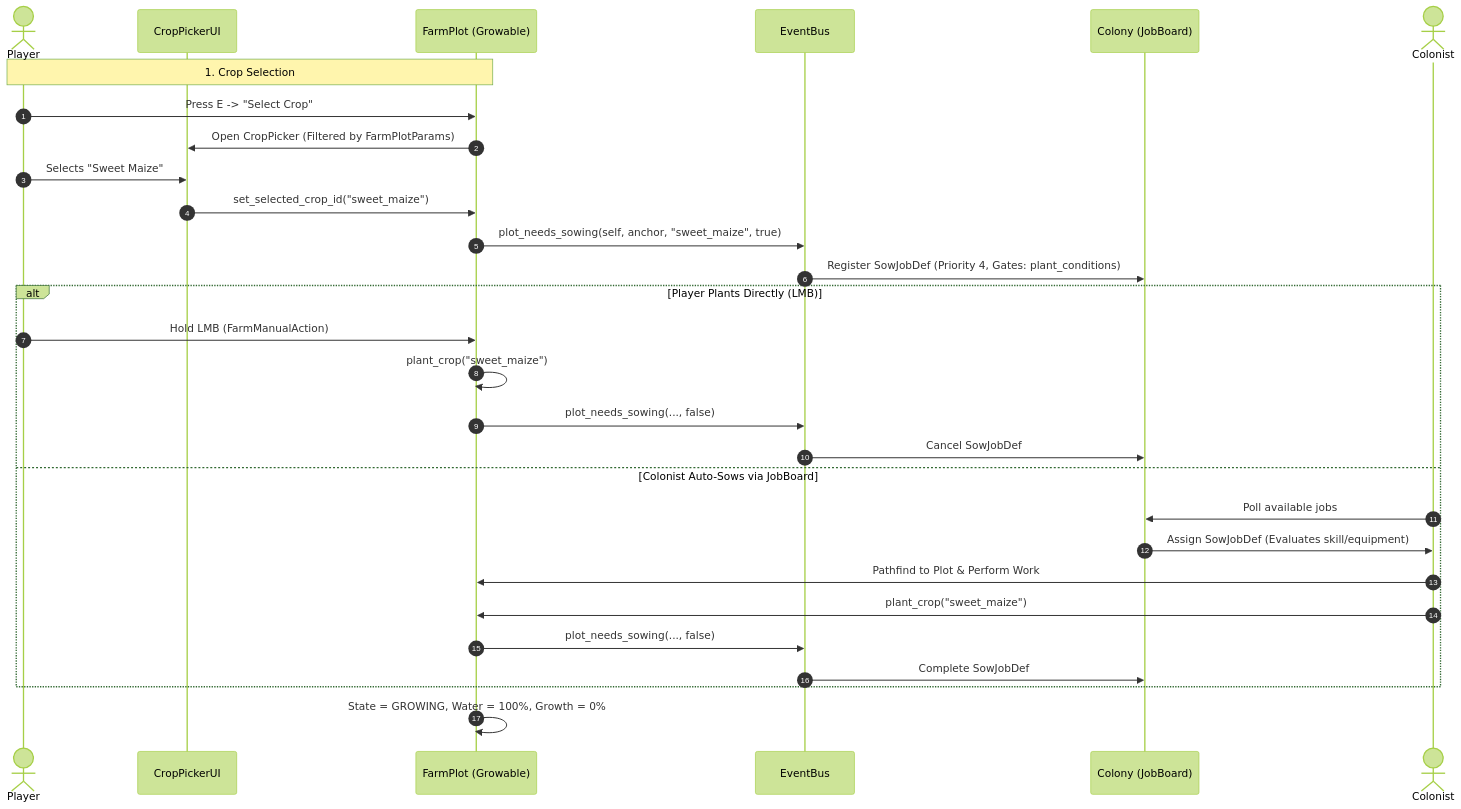
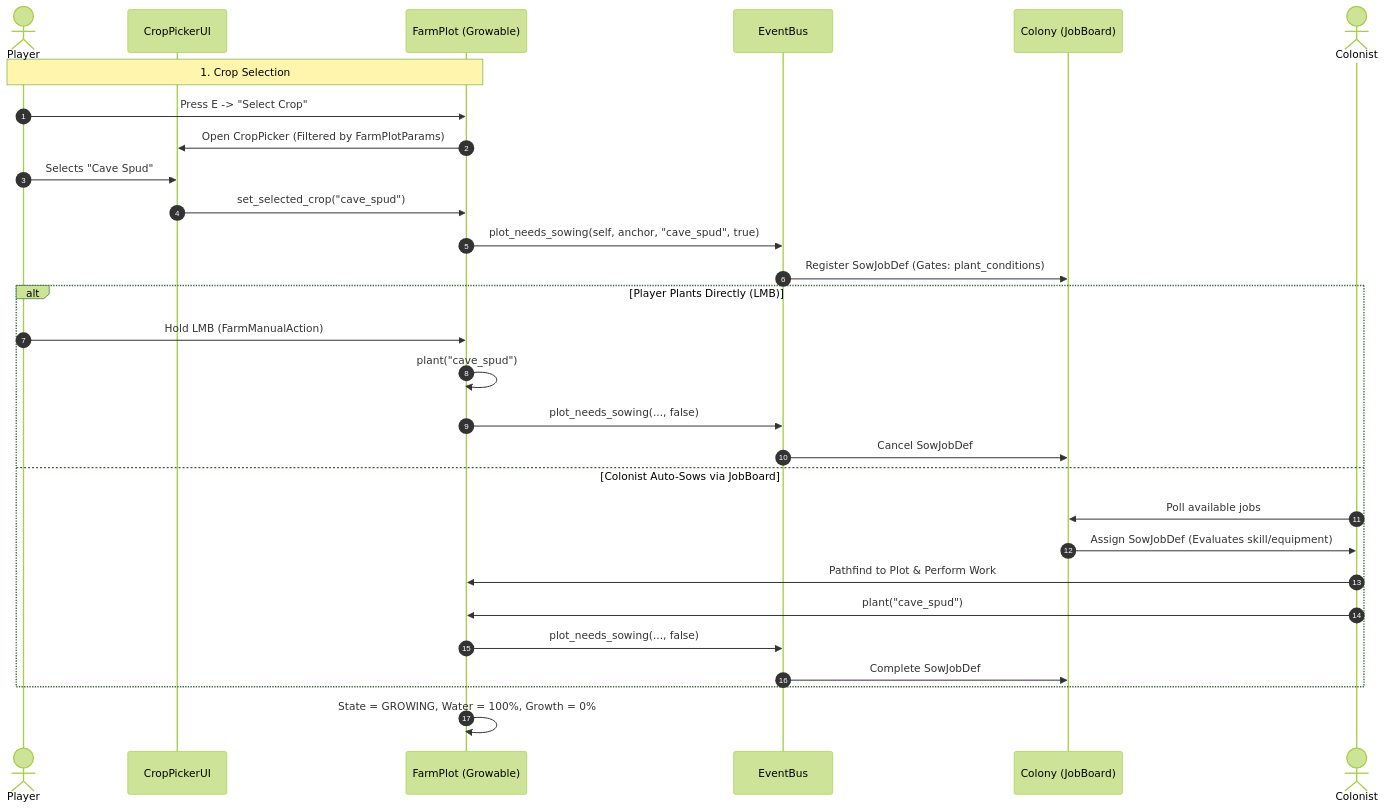
The second of 5 diagrams in docs/architecture/farming.md (gdgonzaga/vek-holdout), drawn with Mermaid (forest theme) before and after one commit. The commit also changed other lines of this file and 8 other files, not shown here.

````diff
--- a/docs/architecture/farming.md
+++ b/docs/architecture/farming.md
@@ -87,34 +87,34 @@
 ```mermaid
 sequenceDiagram
     autonumber
     actor Player
     participant UI as CropPickerUI
     participant Plot as FarmPlot (Growable)
     participant Bus as EventBus
     participant Board as Colony (JobBoard)
     actor Colonist
 
     Note over Player,Plot: 1. Crop Selection
     Player->>Plot: Press E -> "Select Crop"
     Plot->>UI: Open CropPicker (Filtered by FarmPlotParams)
-    Player->>UI: Selects "Sweet Maize"
-    UI->>Plot: set_selected_crop_id("sweet_maize")
-    Plot->>Bus: plot_needs_sowing(self, anchor, "sweet_maize", true)
-    Bus->>Board: Register SowJobDef (Priority 4, Gates: plant_conditions)
+    Player->>UI: Selects "Cave Spud"
+    UI->>Plot: set_selected_crop("cave_spud")
+    Plot->>Bus: plot_needs_sowing(self, anchor, "cave_spud", true)
+    Bus->>Board: Register SowJobDef (Gates: plant_conditions)
 
     alt Player Plants Directly (LMB)
         Player->>Plot: Hold LMB (FarmManualAction)
-        Plot->>Plot: plant_crop("sweet_maize")
+        Plot->>Plot: plant("cave_spud")
         Plot->>Bus: plot_needs_sowing(..., false)
         Bus->>Board: Cancel SowJobDef
     else Colonist Auto-Sows via JobBoard
         Colonist->>Board: Poll available jobs
         Board->>Colonist: Assign SowJobDef (Evaluates skill/equipment)
         Colonist->>Plot: Pathfind to Plot & Perform Work
-        Colonist->>Plot: plant_crop("sweet_maize")
+        Colonist->>Plot: plant("cave_spud")
         Plot->>Bus: plot_needs_sowing(..., false)
         Bus->>Board: Complete SowJobDef
     end
 
     Plot->>Plot: State = GROWING, Water = 100%, Growth = 0%
 ```
````
